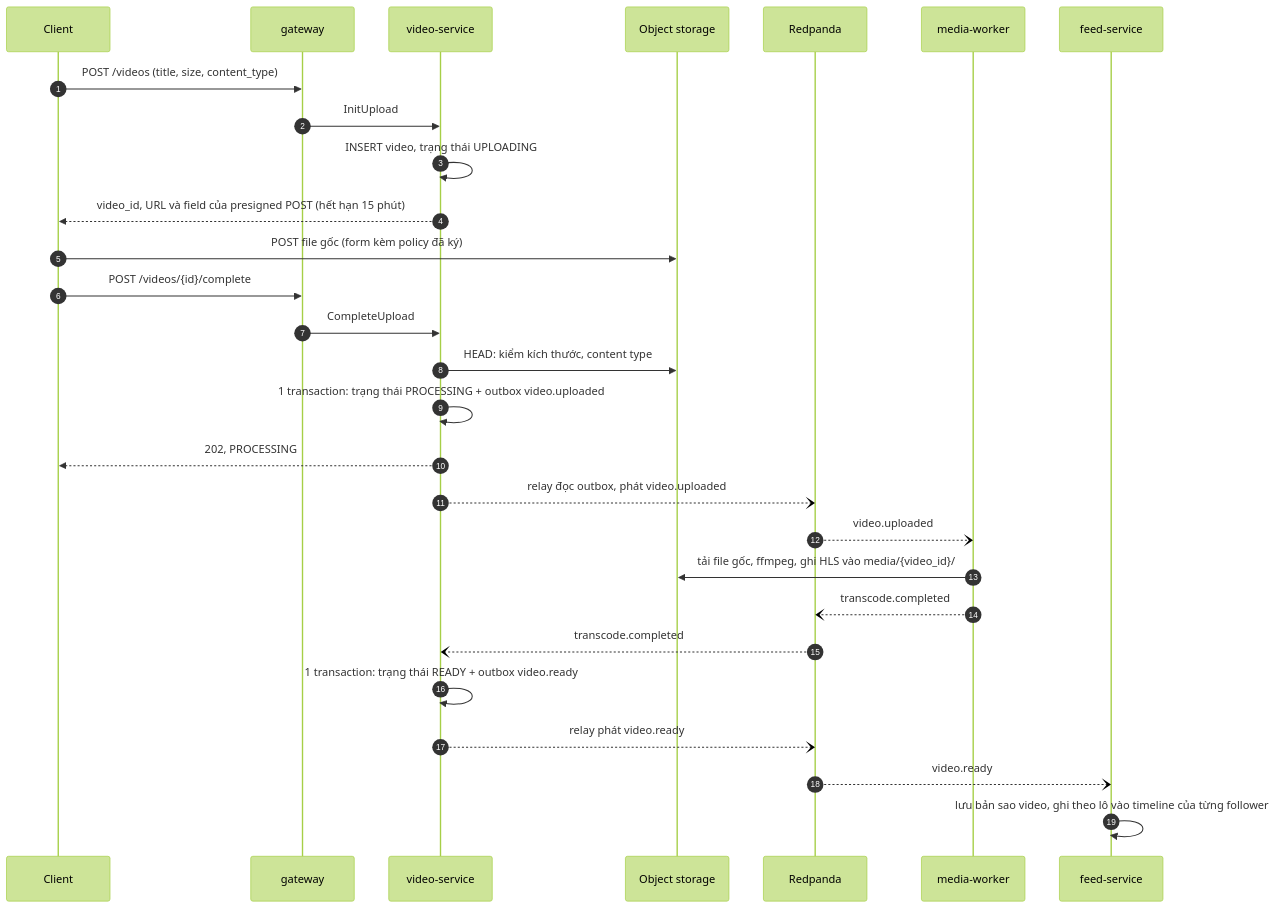
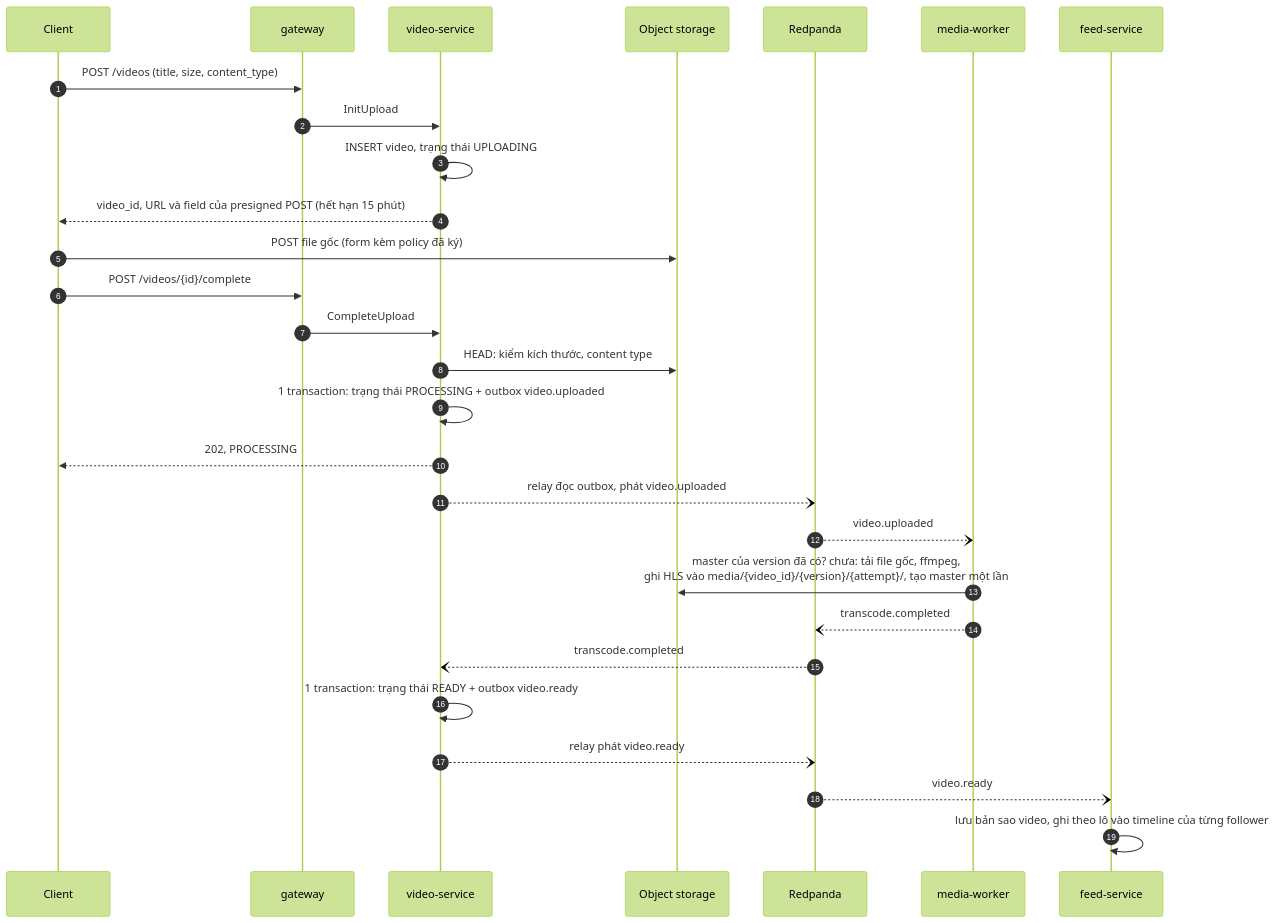
Before and after one commit to anhnvcoder/short-video-platform: the sixth of 8 diagrams in docs/architecture.md, drawn with Mermaid (forest theme). The commit also changed other lines of this file and 77 other files, not shown here.

````diff
--- a/docs/architecture.md
+++ b/docs/architecture.md
@@ -606,31 +612,31 @@
 ```mermaid
 sequenceDiagram
     autonumber
     participant C as Client
     participant GW as gateway
     participant VS as video-service
     participant S3 as Object storage
     participant RP as Redpanda
     participant MW as media-worker
     participant FS as feed-service
 
     C->>GW: POST /videos (title, size, content_type)
     GW->>VS: InitUpload
     VS->>VS: INSERT video, trạng thái UPLOADING
     VS-->>C: video_id, URL và field của presigned POST (hết hạn 15 phút)
     C->>S3: POST file gốc (form kèm policy đã ký)
     C->>GW: POST /videos/{id}/complete
     GW->>VS: CompleteUpload
     VS->>S3: HEAD: kiểm kích thước, content type
     VS->>VS: 1 transaction: trạng thái PROCESSING + outbox video.uploaded
     VS-->>C: 202, PROCESSING
     VS--)RP: relay đọc outbox, phát video.uploaded
     RP--)MW: video.uploaded
-    MW->>S3: tải file gốc, ffmpeg, ghi HLS vào media/{video_id}/
+    MW->>S3: master của version đã có? chưa: tải file gốc, ffmpeg,<br/>ghi HLS vào media/{video_id}/{version}/{attempt}/, tạo master một lần
     MW--)RP: transcode.completed
     RP--)VS: transcode.completed
     VS->>VS: 1 transaction: trạng thái READY + outbox video.ready
     VS--)RP: relay phát video.ready
     RP--)FS: video.ready
     FS->>FS: lưu bản sao video, ghi theo lô vào timeline của từng follower
 ```
````
